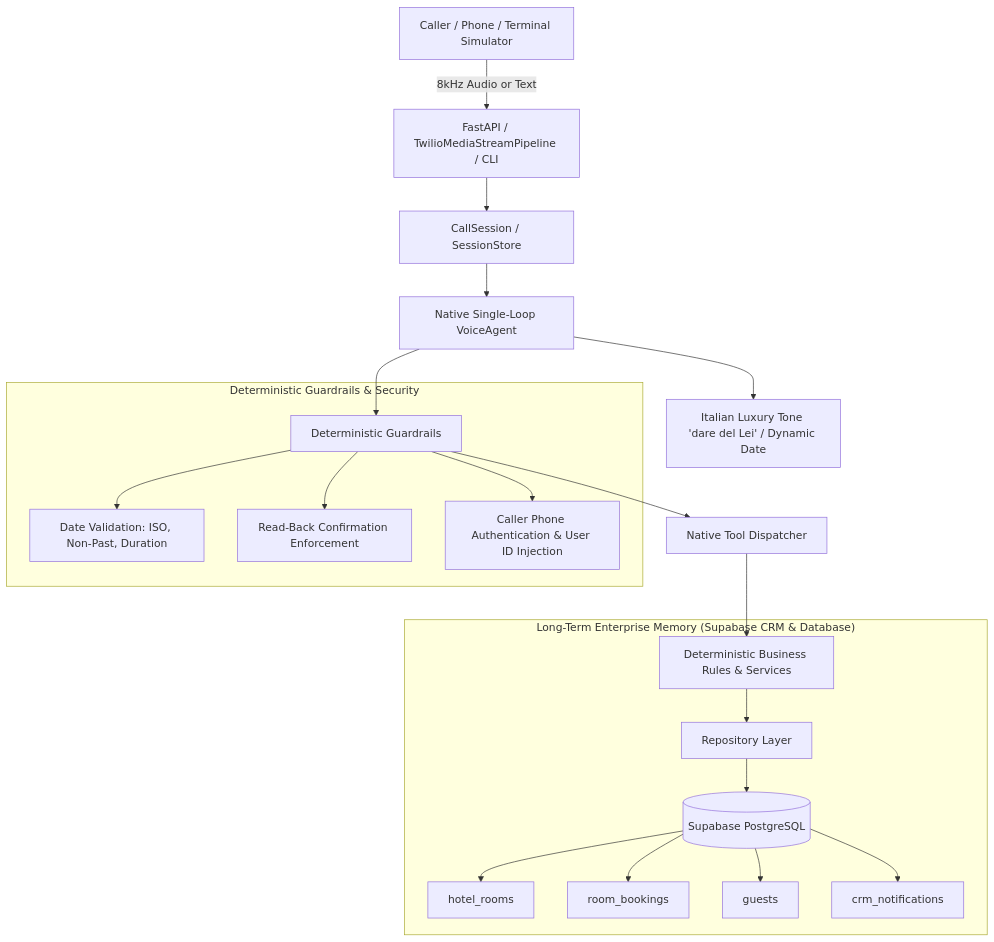
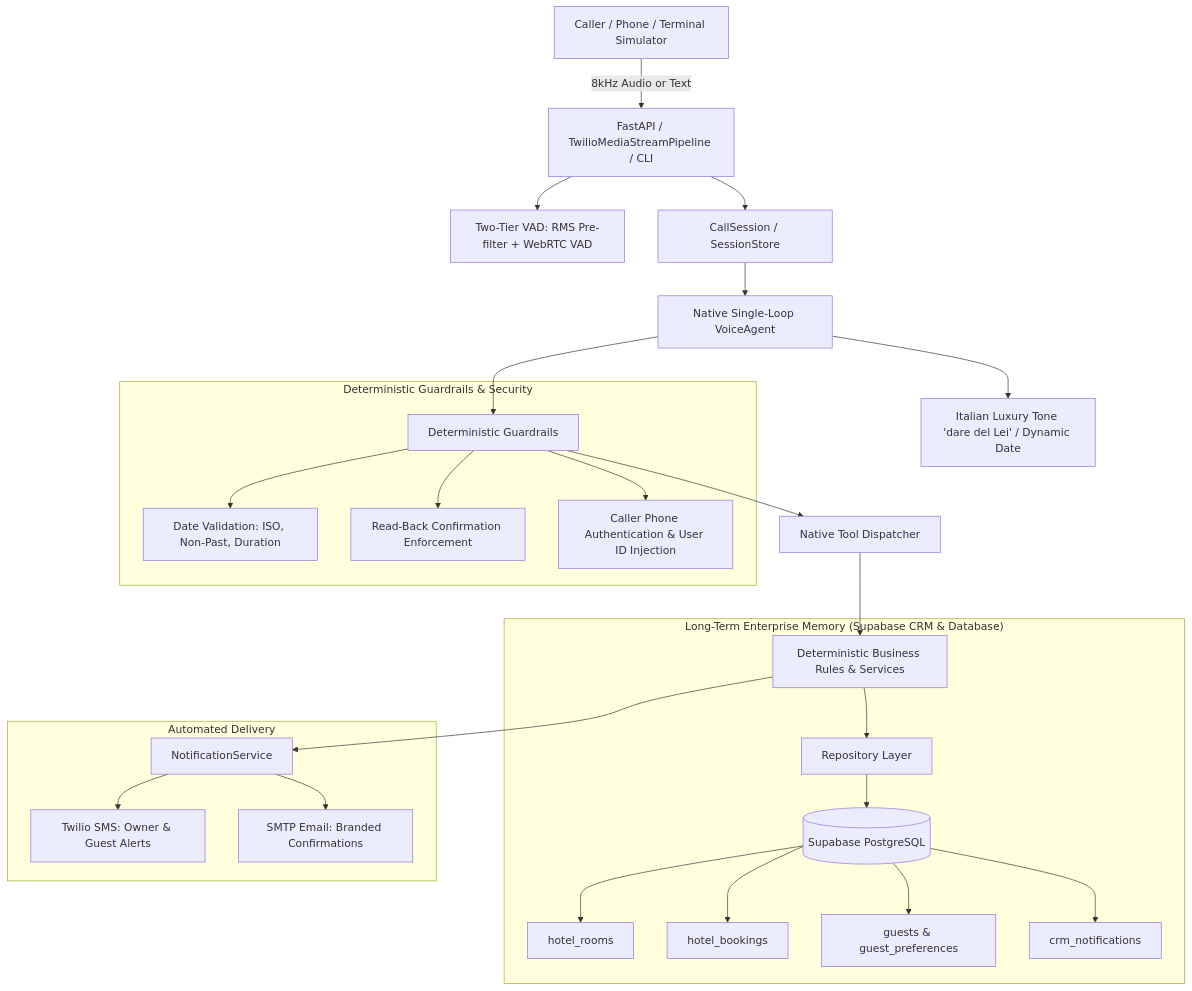
Before and after one commit to Magesh-Sundaravel/Hotel_Voice_Agent: the first of 2 diagrams in README.md, drawn with Mermaid. The commit also changed other lines of this file and 17 other files, not shown here.

First line of the commit message:
feat: complete LLM evaluations, WebRTC VAD upgrade, and documentation

````diff
--- a/README.md
+++ b/README.md
@@ -13,26 +13,33 @@
 ```mermaid
 flowchart TD
     Caller[Caller / Phone / Terminal Simulator] -->|8kHz Audio or Text| Pipeline[FastAPI / TwilioMediaStreamPipeline / CLI]
+    Pipeline --> VAD[Two-Tier VAD: RMS Pre-filter + WebRTC VAD]
     Pipeline --> Session[CallSession / SessionStore]
     Session --> Agent[Native Single-Loop VoiceAgent]
     Agent --> Prompts[Italian Luxury Tone 'dare del Lei' / Dynamic Date]
     Agent --> Guardrails[Deterministic Guardrails]
     
     subgraph "Deterministic Guardrails & Security"
         Guardrails --> DateVal[Date Validation: ISO, Non-Past, Duration]
         Guardrails --> ReadBack[Read-Back Confirmation Enforcement]
         Guardrails --> Identity[Caller Phone Authentication & User ID Injection]
     end
 
     Guardrails --> Tools[Native Tool Dispatcher]
     Tools --> Services[Deterministic Business Rules & Services]
 
     subgraph "Long-Term Enterprise Memory (Supabase CRM & Database)"
         Services --> Repositories[Repository Layer]
         Repositories --> SupabaseDB[(Supabase PostgreSQL)]
         SupabaseDB --> RoomsTable[hotel_rooms]
-        SupabaseDB --> RoomBookings[room_bookings]
-        SupabaseDB --> GuestsTable[guests]
+        SupabaseDB --> RoomBookings[hotel_bookings]
+        SupabaseDB --> GuestsTable[guests & guest_preferences]
         SupabaseDB --> NotifTable[crm_notifications]
     end
+
+    subgraph "Automated Delivery"
+        Services --> Notifications[NotificationService]
+        Notifications --> TwilioSMS[Twilio SMS: Owner & Guest Alerts]
+        Notifications --> SMTPEmail[SMTP Email: Branded Confirmations]
+    end
 ```
````
